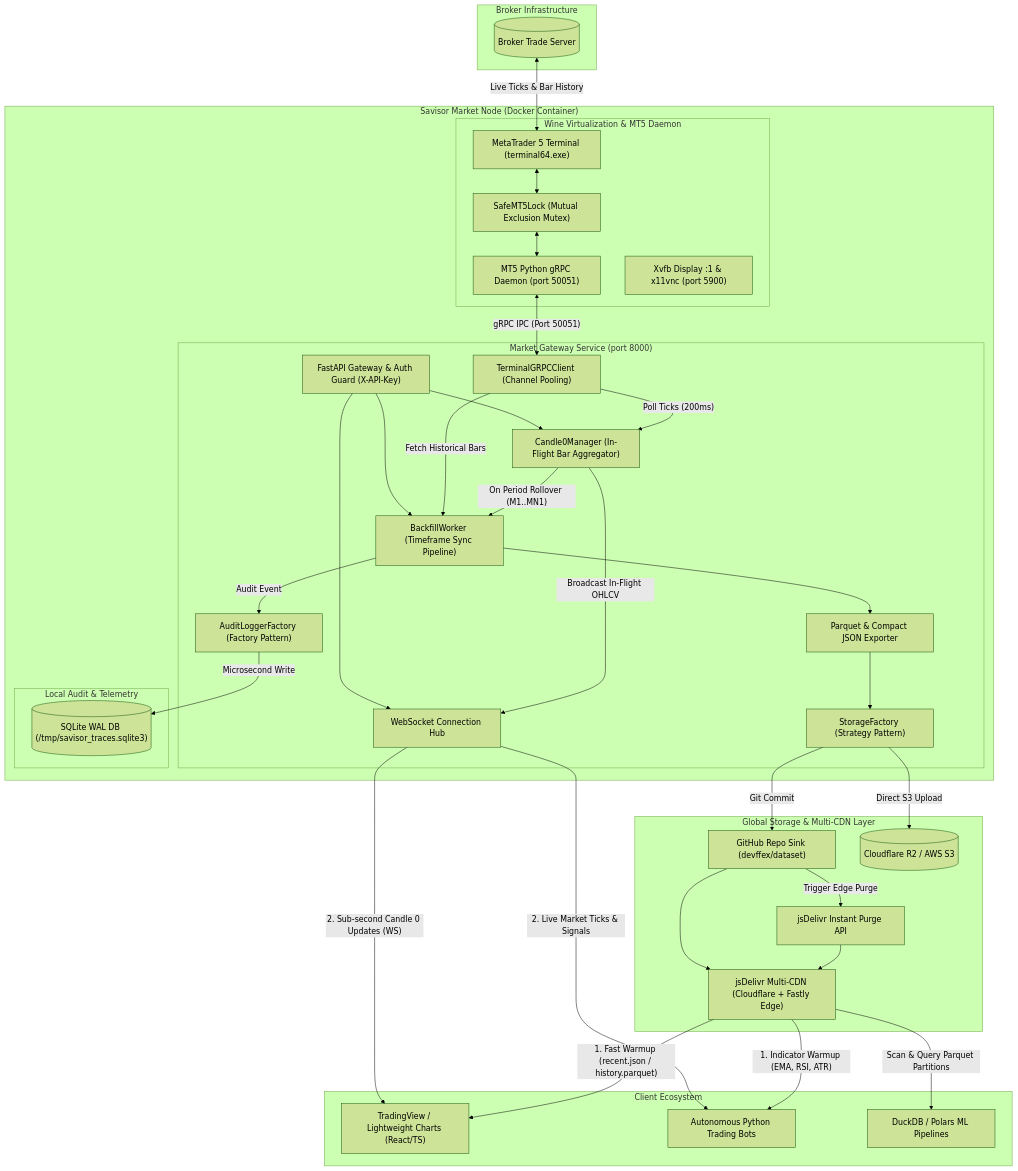
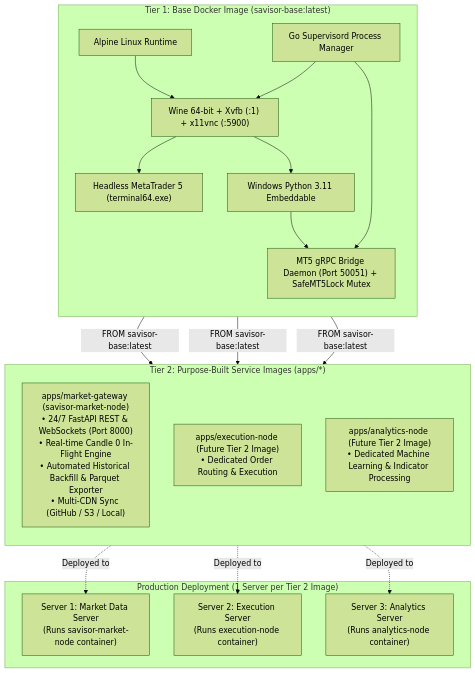
Before and after one commit to devffex/MetaBridge5: the diagram in README.md, drawn with Mermaid (forest theme). The commit also changed other lines of this file and 36 other files, not shown here.

Commit message:
refactor: remove legacy apps, restructure market-gateway directory, establish two-tier docker image layering documentation

````diff
--- a/README.md
+++ b/README.md
@@ -9,79 +13,40 @@
 ```mermaid
 flowchart TD
-    subgraph BrokerInfrastructure ["Broker Infrastructure"]
-        BrokerServer[("Broker Trade Server")]
+    subgraph Tier1 ["Tier 1: Base Docker Image (savisor-base:latest)"]
+        direction TB
+        AlpineOS["Alpine Linux Runtime"]
+        WineEnv["Wine 64-bit + Xvfb (:1) + x11vnc (:5900)"]
+        MT5Engine["Headless MetaTrader 5 (terminal64.exe)"]
+        WinPython["Windows Python 3.11 Embeddable"]
+        GRPCDaemon["MT5 gRPC Bridge Daemon (Port 50051) + SafeMT5Lock Mutex"]
+        GoSupervisord["Go Supervisord Process Manager"]
+        
+        AlpineOS --> WineEnv
+        WineEnv --> MT5Engine
+        WineEnv --> WinPython
+        WinPython --> GRPCDaemon
+        GoSupervisord --> WineEnv
+        GoSupervisord --> GRPCDaemon
     end
 
-    subgraph ContainerNode ["Savisor Market Node (Docker Container)"]
-        subgraph WineVirtualization ["Wine Virtualization & MT5 Daemon"]
-            MT5Terminal["MetaTrader 5 Terminal (terminal64.exe)"]
-            SafeLock["SafeMT5Lock (Mutual Exclusion Mutex)"]
-            GRPCDaemon["MT5 Python gRPC Daemon (port 50051)"]
-            XvfbDisplay["Xvfb Display :1 & x11vnc (port 5900)"]
-        end
-
-        subgraph MarketGateway ["Market Gateway Service (port 8000)"]
-            FastAPIServer["FastAPI Gateway & Auth Guard (X-API-Key)"]
-            GRPCClient["TerminalGRPCClient (Channel Pooling)"]
-            Candle0Engine["Candle0Manager (In-Flight Bar Aggregator)"]
-            PipelineWorker["BackfillWorker (Timeframe Sync Pipeline)"]
-            ParquetExporter["Parquet & Compact JSON Exporter"]
-            StorageFactory["StorageFactory (Strategy Pattern)"]
-            AuditFactory["AuditLoggerFactory (Factory Pattern)"]
-            WebSocketHub["WebSocket Connection Hub"]
-        end
-
-        subgraph LocalTelemetry ["Local Audit & Telemetry"]
-            SQLiteWAL[("SQLite WAL DB (/tmp/savisor_traces.sqlite3)")]
-        end
+    subgraph Tier2 ["Tier 2: Purpose-Built Service Images (apps/*)"]
+        direction TB
+        MarketNode["apps/market-gateway (savisor-market-node)<br/>• 24/7 FastAPI REST & WebSockets (Port 8000)<br/>• Real-time Candle 0 In-Flight Engine<br/>• Automated Historical Backfill & Parquet Exporter<br/>• Multi-CDN Sync (GitHub / S3 / Local)"]
+        FutureExecution["apps/execution-node (Future Tier 2 Image)<br/>• Dedicated Order Routing & Execution"]
+        FutureML["apps/analytics-node (Future Tier 2 Image)<br/>• Dedicated Machine Learning & Indicator Processing"]
     end
 
-    subgraph GlobalDistribution ["Global Storage & Multi-CDN Layer"]
-        GitHubSink["GitHub Repo Sink (devffex/dataset)"]
-        PurgeAPI["jsDelivr Instant Purge API"]
-        JSDelivrCDN["jsDelivr Multi-CDN (Cloudflare + Fastly Edge)"]
-        S3Storage[("Cloudflare R2 / AWS S3")]
+    subgraph IsolatedDeployments ["Production Deployment (1 Server per Tier 2 Image)"]
+        Server1["Server 1: Market Data Server<br/>(Runs savisor-market-node container)"]
+        Server2["Server 2: Execution Server<br/>(Runs execution-node container)"]
+        Server3["Server 3: Analytics Server<br/>(Runs analytics-node container)"]
     end
 
-    subgraph Consumers ["Client Ecosystem"]
-        ReactCharts["TradingView / Lightweight Charts (React/TS)"]
-        TradingBots["Autonomous Python Trading Bots"]
-        MLPipelines["DuckDB / Polars ML Pipelines"]
-    end
+    Tier1 -->|"FROM savisor-base:latest"| MarketNode
+    Tier1 -->|"FROM savisor-base:latest"| FutureExecution
+    Tier1 -->|"FROM savisor-base:latest"| FutureML
 
-    %% Internal Data Flow
-    BrokerServer <-->|"Live Ticks & Bar History"| MT5Terminal
-    MT5Terminal <--> SafeLock
-    SafeLock <--> GRPCDaemon
-    GRPCDaemon <-->|"gRPC IPC (Port 50051)"| GRPCClient
-
-    GRPCClient -->|"Poll Ticks (200ms)"| Candle0Engine
-    Candle0Engine -->|"Broadcast In-Flight OHLCV"| WebSocketHub
-    Candle0Engine -->|"On Period Rollover (M1..MN1)"| PipelineWorker
-
-    GRPCClient -->|"Fetch Historical Bars"| PipelineWorker
-    PipelineWorker --> ParquetExporter
-    ParquetExporter --> StorageFactory
-
-    StorageFactory -->|"Git Commit"| GitHubSink
-    StorageFactory -->|"Direct S3 Upload"| S3Storage
-    GitHubSink -->|"Trigger Edge Purge"| PurgeAPI
-    PurgeAPI --> JSDelivrCDN
-    GitHubSink --> JSDelivrCDN
-
-    PipelineWorker -->|"Audit Event"| AuditFactory
-    AuditFactory -->|"Microsecond Write"| SQLiteWAL
-
-    FastAPIServer --> WebSocketHub
-    FastAPIServer --> Candle0Engine
-    FastAPIServer --> PipelineWorker
-
-    %% Client Consumption Patterns
-    JSDelivrCDN -->|"1. Fast Warmup (recent.json / history.parquet)"| ReactCharts
-    WebSocketHub -->|"2. Sub-second Candle 0 Updates (WS)"| ReactCharts
-
-    JSDelivrCDN -->|"1. Indicator Warmup (EMA, RSI, ATR)"| TradingBots
-    WebSocketHub -->|"2. Live Market Ticks & Signals"| TradingBots
-
-    JSDelivrCDN -->|"Scan & Query Parquet Partitions"| MLPipelines
+    MarketNode -.->|"Deployed to"| Server1
+    FutureExecution -.->|"Deployed to"| Server2
+    FutureML -.->|"Deployed to"| Server3
 ```
````
